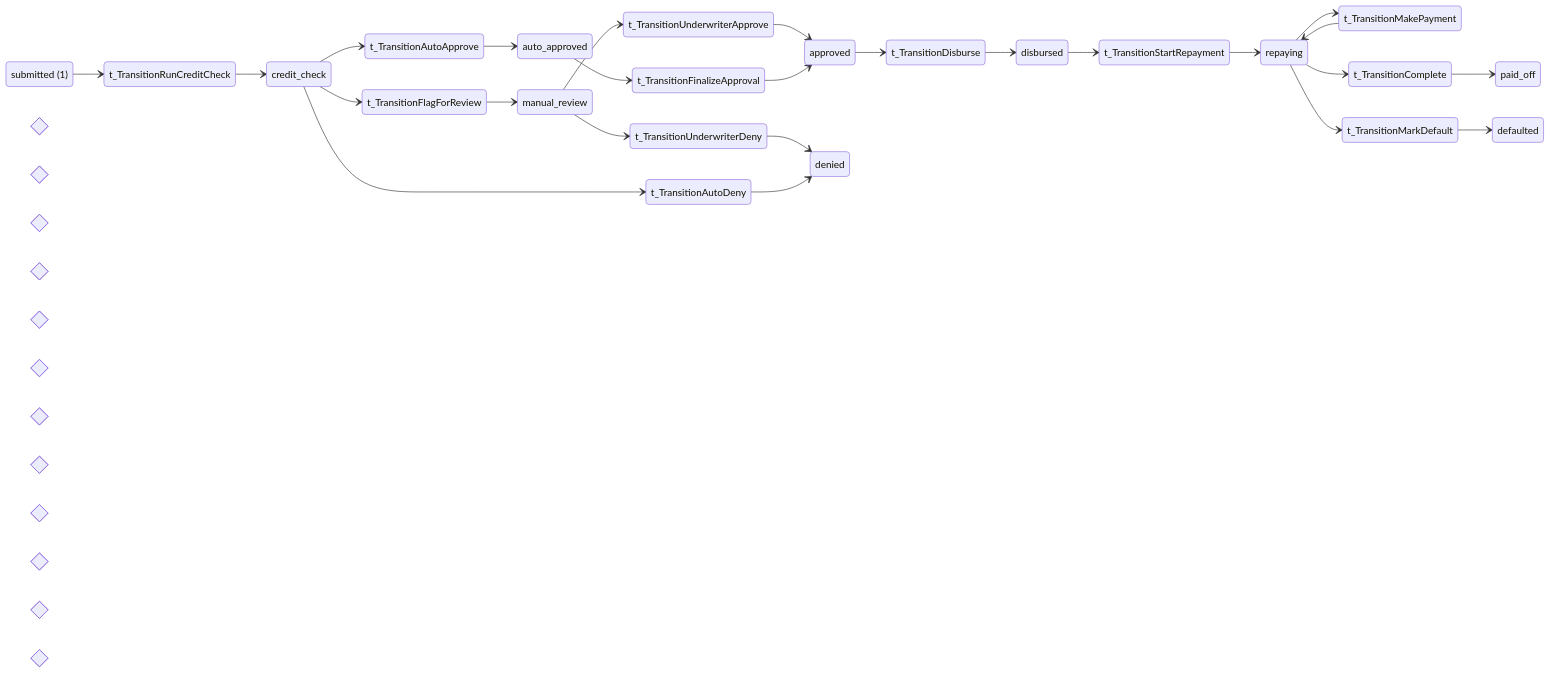
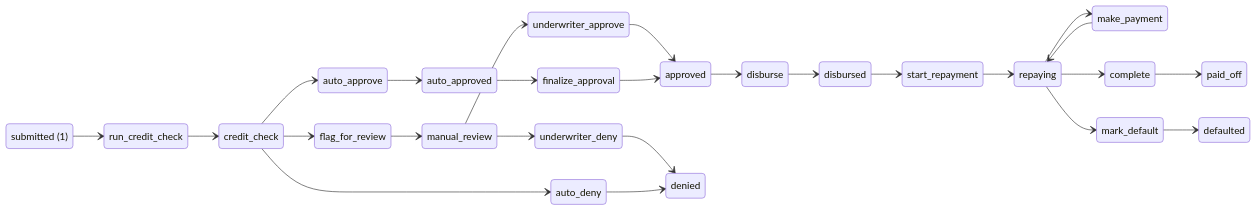
The first of 4 diagrams in generated/loan-application/README.md (pflow-xyz/petri-pilot), drawn with Mermaid before and after one commit. The commit also changed other lines of this file and 10 other files, not shown here.

First line of the commit message:
Fix Mermaid diagram syntax in README template

````diff
--- a/generated/loan-application/README.md
+++ b/generated/loan-application/README.md
@@ -63,67 +63,67 @@
 ```mermaid
 stateDiagram-v2
     direction LR
 
     state "submitted (1)" as PlaceSubmitted
     state "credit_check" as PlaceCreditCheck
     state "auto_approved" as PlaceAutoApproved
     state "manual_review" as PlaceManualReview
     state "approved" as PlaceApproved
     state "denied" as PlaceDenied
     state "disbursed" as PlaceDisbursed
     state "repaying" as PlaceRepaying
     state "paid_off" as PlacePaidOff
     state "defaulted" as PlaceDefaulted
 
 
-    state "run_credit_check" as t_TransitionRunCreditCheck <<choice>>
-    state "auto_approve" as t_TransitionAutoApprove <<choice>>
-    state "flag_for_review" as t_TransitionFlagForReview <<choice>>
-    state "underwriter_approve" as t_TransitionUnderwriterApprove <<choice>>
-    state "underwriter_deny" as t_TransitionUnderwriterDeny <<choice>>
-    state "auto_deny" as t_TransitionAutoDeny <<choice>>
-    state "finalize_approval" as t_TransitionFinalizeApproval <<choice>>
-    state "disburse" as t_TransitionDisburse <<choice>>
-    state "start_repayment" as t_TransitionStartRepayment <<choice>>
-    state "make_payment" as t_TransitionMakePayment <<choice>>
-    state "complete" as t_TransitionComplete <<choice>>
-    state "mark_default" as t_TransitionMarkDefault <<choice>>
+    state "run_credit_check" as t_TransitionRunCreditCheck
+    state "auto_approve" as t_TransitionAutoApprove
+    state "flag_for_review" as t_TransitionFlagForReview
+    state "underwriter_approve" as t_TransitionUnderwriterApprove
+    state "underwriter_deny" as t_TransitionUnderwriterDeny
+    state "auto_deny" as t_TransitionAutoDeny
+    state "finalize_approval" as t_TransitionFinalizeApproval
+    state "disburse" as t_TransitionDisburse
+    state "start_repayment" as t_TransitionStartRepayment
+    state "make_payment" as t_TransitionMakePayment
+    state "complete" as t_TransitionComplete
+    state "mark_default" as t_TransitionMarkDefault
 
 
-    PlaceSubmitted --> t_TransitionRunCreditCheck: 
-    t_TransitionRunCreditCheck --> PlaceCreditCheck: 
+    PlaceSubmitted --> t_TransitionRunCreditCheck
+    t_TransitionRunCreditCheck --> PlaceCreditCheck
 
-    PlaceCreditCheck --> t_TransitionAutoApprove: 
-    t_TransitionAutoApprove --> PlaceAutoApproved: 
+    PlaceCreditCheck --> t_TransitionAutoApprove
+    t_TransitionAutoApprove --> PlaceAutoApproved
 
-    PlaceCreditCheck --> t_TransitionFlagForReview: 
-    t_TransitionFlagForReview --> PlaceManualReview: 
+    PlaceCreditCheck --> t_TransitionFlagForReview
+    t_TransitionFlagForReview --> PlaceManualReview
 
-    PlaceManualReview --> t_TransitionUnderwriterApprove: 
-    t_TransitionUnderwriterApprove --> PlaceApproved: 
+    PlaceManualReview --> t_TransitionUnderwriterApprove
+    t_TransitionUnderwriterApprove --> PlaceApproved
 
-    PlaceManualReview --> t_TransitionUnderwriterDeny: 
-    t_TransitionUnderwriterDeny --> PlaceDenied: 
+    PlaceManualReview --> t_TransitionUnderwriterDeny
+    t_TransitionUnderwriterDeny --> PlaceDenied
 
-    PlaceCreditCheck --> t_TransitionAutoDeny: 
-    t_TransitionAutoDeny --> PlaceDenied: 
+    PlaceCreditCheck --> t_TransitionAutoDeny
+    t_TransitionAutoDeny --> PlaceDenied
 
-    PlaceAutoApproved --> t_TransitionFinalizeApproval: 
-    t_TransitionFinalizeApproval --> PlaceApproved: 
+    PlaceAutoApproved --> t_TransitionFinalizeApproval
+    t_TransitionFinalizeApproval --> PlaceApproved
 
-    PlaceApproved --> t_TransitionDisburse: 
-    t_TransitionDisburse --> PlaceDisbursed: 
+    PlaceApproved --> t_TransitionDisburse
+    t_TransitionDisburse --> PlaceDisbursed
 
-    PlaceDisbursed --> t_TransitionStartRepayment: 
-    t_TransitionStartRepayment --> PlaceRepaying: 
+    PlaceDisbursed --> t_TransitionStartRepayment
+    t_TransitionStartRepayment --> PlaceRepaying
 
-    PlaceRepaying --> t_TransitionMakePayment: 
-    t_TransitionMakePayment --> PlaceRepaying: 
+    PlaceRepaying --> t_TransitionMakePayment
+    t_TransitionMakePayment --> PlaceRepaying
 
-    PlaceRepaying --> t_TransitionComplete: 
-    t_TransitionComplete --> PlacePaidOff: 
+    PlaceRepaying --> t_TransitionComplete
+    t_TransitionComplete --> PlacePaidOff
 
-    PlaceRepaying --> t_TransitionMarkDefault: 
-    t_TransitionMarkDefault --> PlaceDefaulted: 
+    PlaceRepaying --> t_TransitionMarkDefault
+    t_TransitionMarkDefault --> PlaceDefaulted
 
 ```
````
